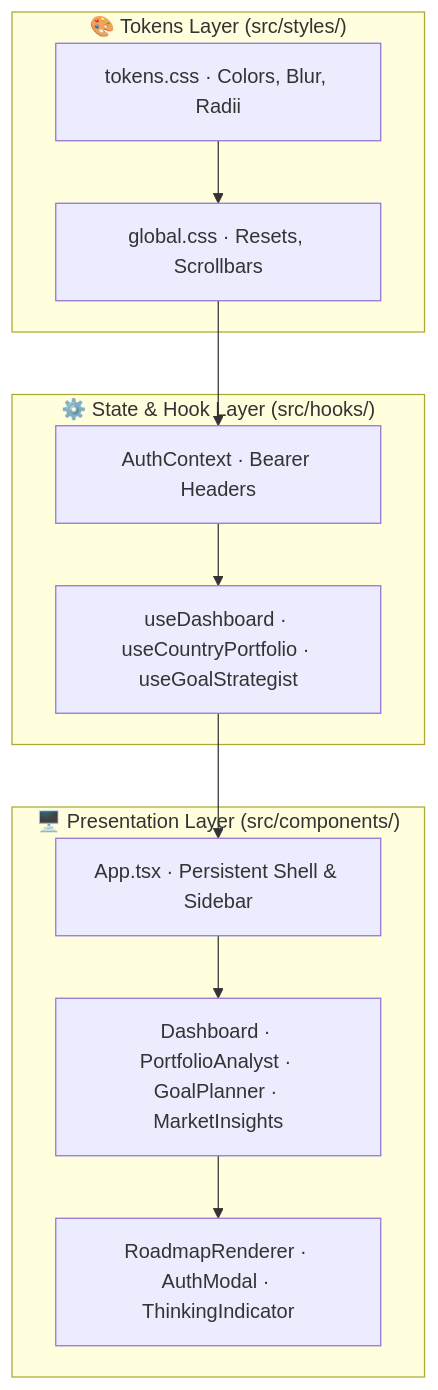
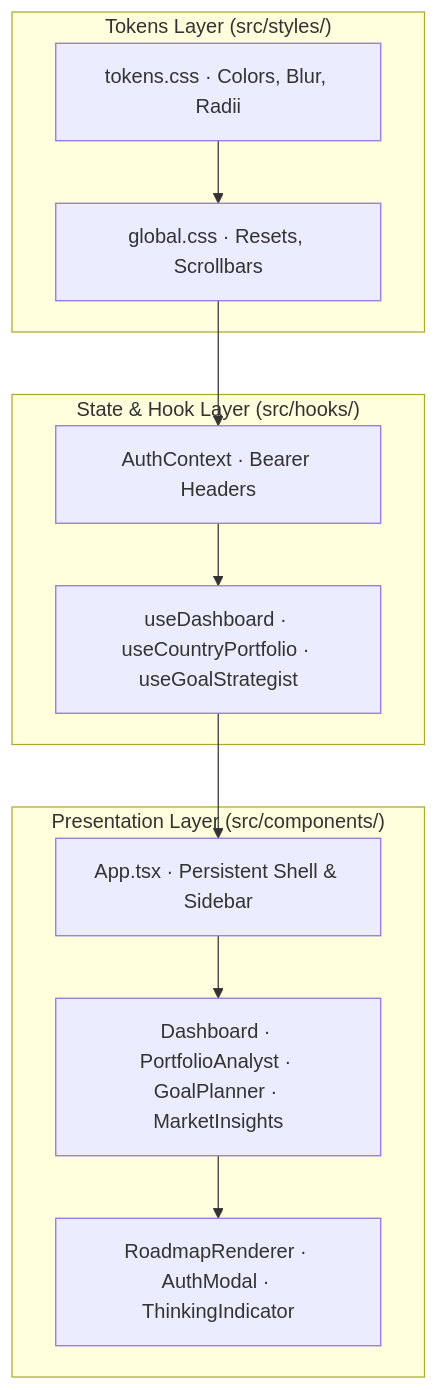
One commit to uthircloudnative/finnie-ai changed the diagram in docs/UI_DESIGN_SYSTEM.md. Above: the diagram before and after it, drawn with Mermaid. The commit also changed other lines of this file and 33 other files, not shown here.

````diff
--- a/docs/UI_DESIGN_SYSTEM.md
+++ b/docs/UI_DESIGN_SYSTEM.md
@@ -19,17 +19,17 @@
 ```mermaid
 graph TD
-    subgraph DesignTokens["🎨 Tokens Layer (src/styles/)"]
+    subgraph DesignTokens["Tokens Layer (src/styles/)"]
         Tokens[tokens.css · Colors, Blur, Radii] --> Global[global.css · Resets, Scrollbars]
     end
 
-    subgraph StateLogic["⚙️ State & Hook Layer (src/hooks/)"]
+    subgraph StateLogic["State & Hook Layer (src/hooks/)"]
         Global --> Auth[AuthContext · Bearer Headers]
         Auth --> Hooks[useDashboard · useCountryPortfolio · useGoalStrategist]
     end
 
-    subgraph ComponentLayer["🖥️ Presentation Layer (src/components/)"]
+    subgraph ComponentLayer["Presentation Layer (src/components/)"]
         Hooks --> Shell[App.tsx · Persistent Shell & Sidebar]
         Shell --> Views[Dashboard · PortfolioAnalyst · GoalPlanner · MarketInsights]
         Views --> Sub[RoadmapRenderer · AuthModal · ThinkingIndicator]
     end
 ```
````
